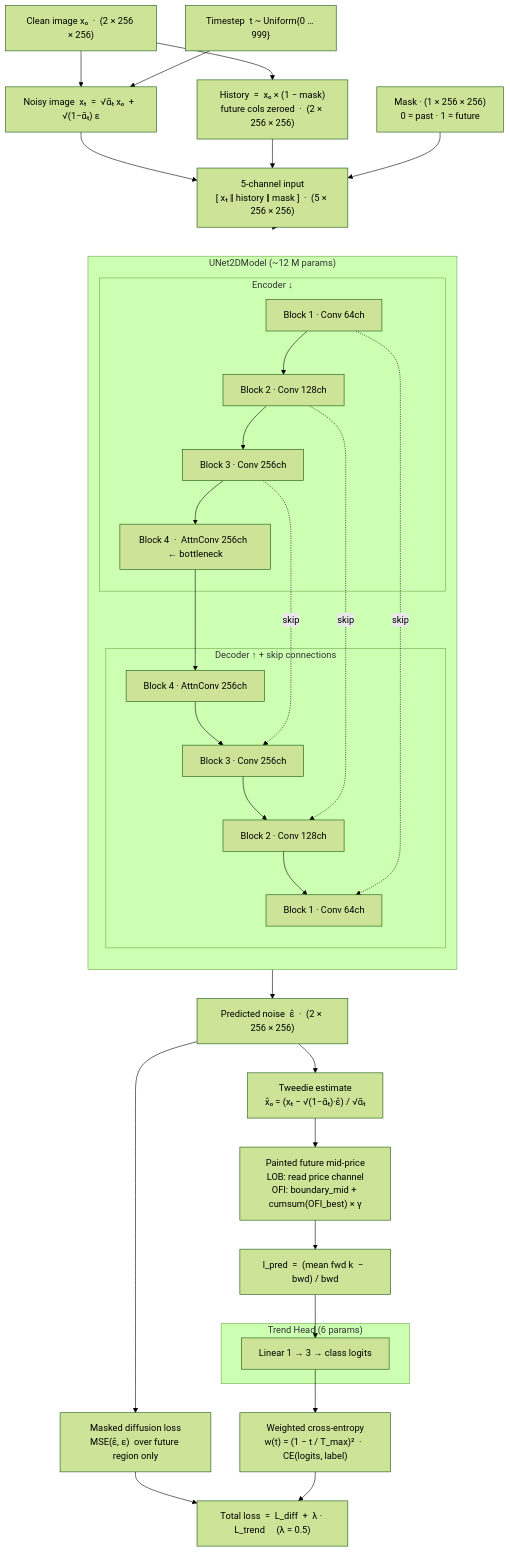
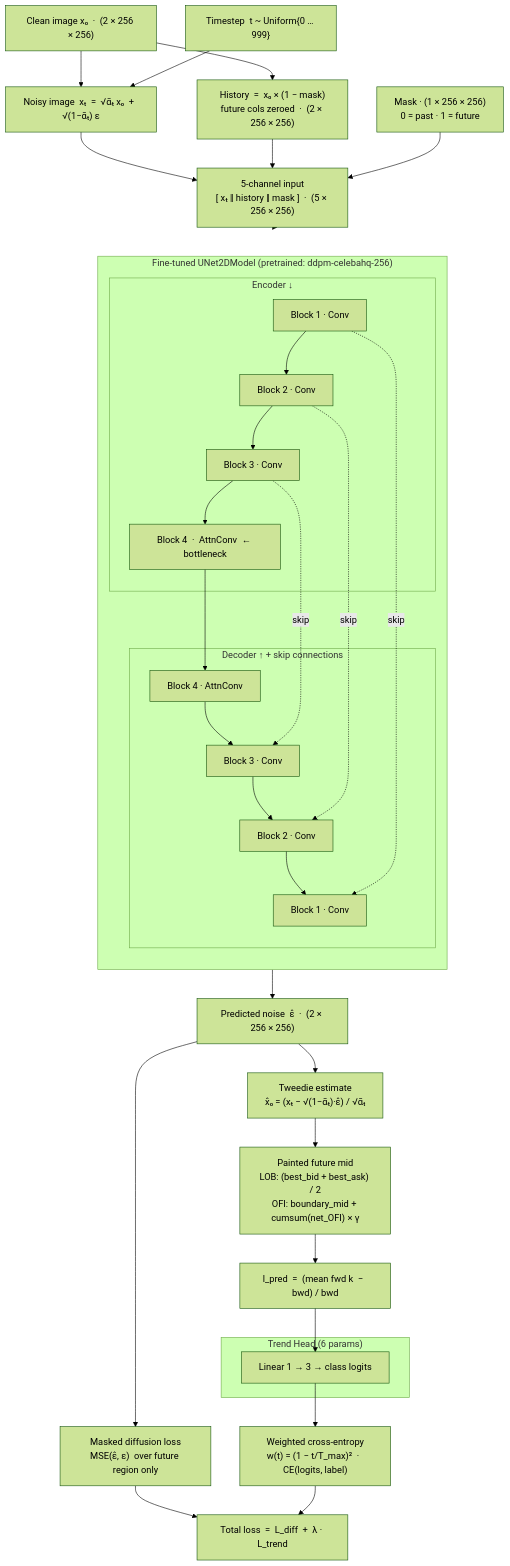
The third of 4 diagrams in README.md (ArshiAbolghasemi/Penny), drawn with Mermaid (forest theme) before and after one commit. The commit also changed other lines of this file and 47 other files, not shown here.

````diff
--- a/README.md
+++ b/README.md
@@ -350,55 +254,55 @@
 ```mermaid
 flowchart TD
     x0["Clean image x₀  ·  (2 × 256 × 256)"]
     t["Timestep  t ~ Uniform{0 … 999}"]
     history["History  =  x₀ × (1 − mask)\nfuture cols zeroed  ·  (2 × 256 × 256)"]
     mask_node["Mask  ·  (1 × 256 × 256)\n0 = past  ·  1 = future"]
     xt["Noisy image  xₜ  =  √ᾱₜ x₀  +  √(1−ᾱₜ) ε"]
     cat["5-channel input\n[ xₜ ‖ history ‖ mask ]  ·  (5 × 256 × 256)"]
 
-    subgraph UNet["UNet2DModel  (~12 M params)"]
+    subgraph UNet["Fine-tuned UNet2DModel  (pretrained: ddpm-celebahq-256)"]
         direction TB
         subgraph enc["Encoder  ↓"]
-            e1["Block 1  ·  Conv 64ch"]
-            e2["Block 2  ·  Conv 128ch"]
-            e3["Block 3  ·  Conv 256ch"]
-            e4["Block 4  ·  AttnConv 256ch  ← bottleneck"]
+            e1["Block 1  ·  Conv"]
+            e2["Block 2  ·  Conv"]
+            e3["Block 3  ·  Conv"]
+            e4["Block 4  ·  AttnConv  ← bottleneck"]
         end
         subgraph dec["Decoder  ↑  + skip connections"]
-            d4["Block 4  ·  AttnConv 256ch"]
-            d3["Block 3  ·  Conv 256ch"]
-            d2["Block 2  ·  Conv 128ch"]
-            d1["Block 1  ·  Conv 64ch"]
+            d4["Block 4  ·  AttnConv"]
+            d3["Block 3  ·  Conv"]
+            d2["Block 2  ·  Conv"]
+            d1["Block 1  ·  Conv"]
         end
         e1 --> e2 --> e3 --> e4 --> d4 --> d3 --> d2 --> d1
         e3 -. skip .-> d3
         e2 -. skip .-> d2
         e1 -. skip .-> d1
     end
 
     eps["Predicted noise  ε̂  ·  (2 × 256 × 256)"]
     diff_loss["Masked diffusion loss\nMSE(ε̂, ε)  over future region only"]
     tweedie["Tweedie estimate\nx̂₀  =  (xₜ − √(1−ᾱₜ)·ε̂) / √ᾱₜ"]
-    mid_rec["Painted future mid-price\nLOB: read price channel\nOFI: boundary_mid + cumsum(OFI_best) × γ"]
+    mid_rec["Painted future mid\nLOB: (best_bid + best_ask) / 2\nOFI: boundary_mid + cumsum(net_OFI) × γ"]
     l_pred["l_pred  =  (mean fwd k  −  bwd) / bwd"]
 
     subgraph th["Trend Head  (6 params)"]
         fc["Linear 1 → 3  →  class logits"]
     end
 
-    wce["Weighted cross-entropy\nw(t) = (1 − t / T_max)²  ·  CE(logits, label)"]
-    total["Total loss  =  L_diff  +  λ · L_trend     (λ = 0.5)"]
+    wce["Weighted cross-entropy\nw(t) = (1 − t/T_max)²  ·  CE(logits, label)"]
+    total["Total loss  =  L_diff  +  λ · L_trend"]
 
     x0 --> xt
     x0 --> history
     t --> xt
     xt --> cat
     history --> cat
     mask_node --> cat
     cat --> enc
     dec --> eps
     eps --> diff_loss
     eps --> tweedie --> mid_rec --> l_pred --> fc --> wce
     diff_loss --> total
     wce --> total
 ```
````
